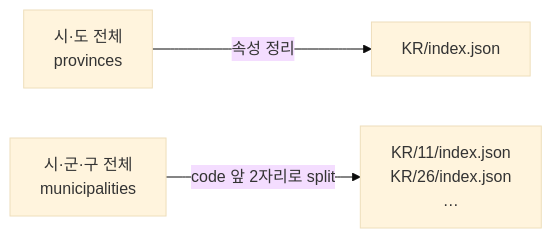
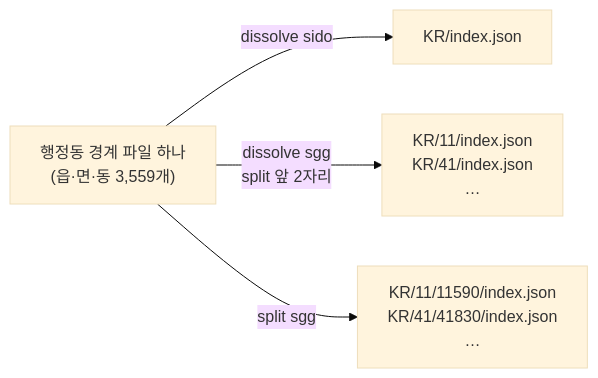
Before and after one commit to 1etterh/devlog: the diagram in content/tools/gis/002_korea_admin_boundary_geojson.md, drawn with Mermaid (base theme). The commit also changed other lines of this file, not shown here.

````diff
--- a/content/tools/gis/002_korea_admin_boundary_geojson.md
+++ b/content/tools/gis/002_korea_admin_boundary_geojson.md
@@ -29,5 +35,6 @@
 ```mermaid
 flowchart LR
-    A[시·도 전체<br/>provinces] -->|속성 정리| B[KR/index.json]
-    C[시·군·구 전체<br/>municipalities] -->|"code 앞 2자리로 split"| D["KR/11/index.json<br/>KR/26/index.json<br/>…"]
+    A["행정동 경계 파일 하나<br/>(읍·면·동 3,559개)"] -->|"dissolve sido"| B[KR/index.json]
+    A -->|"dissolve sgg<br/>split 앞 2자리"| C["KR/11/index.json<br/>KR/41/index.json<br/>…"]
+    A -->|"split sgg"| D["KR/11/11590/index.json<br/>KR/41/41830/index.json<br/>…"]
 ```
````
